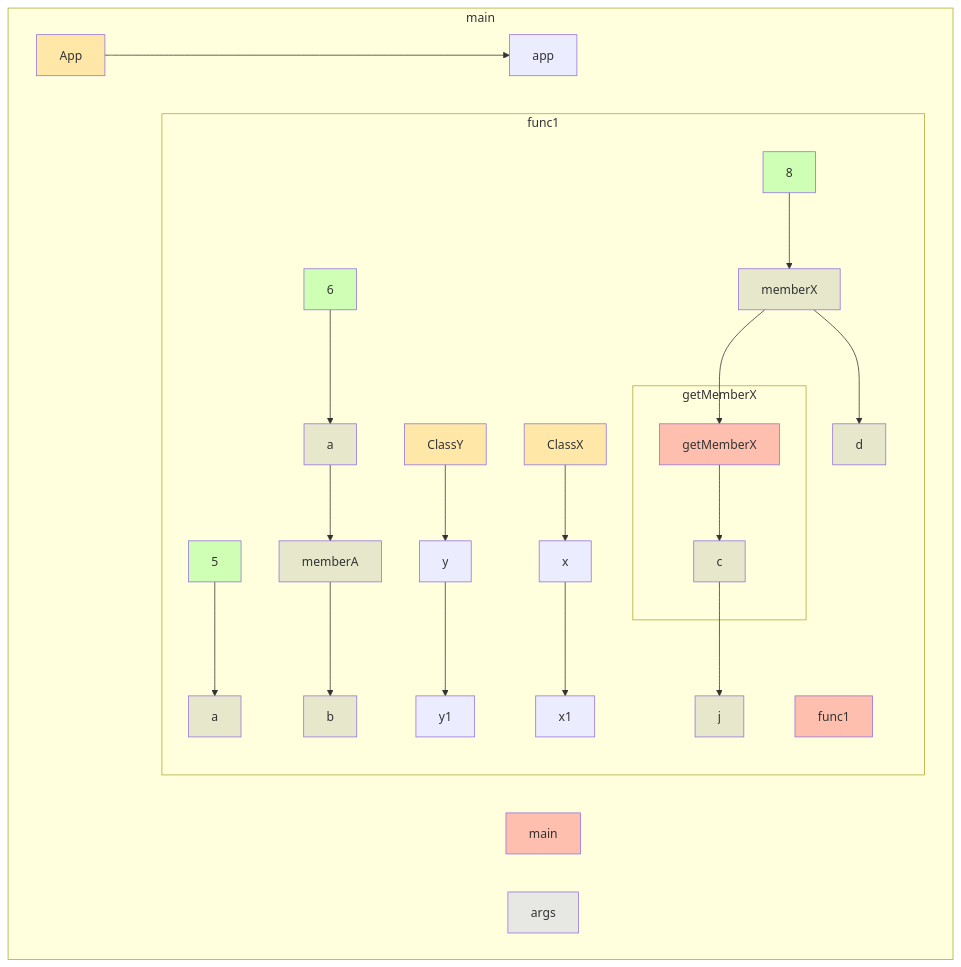
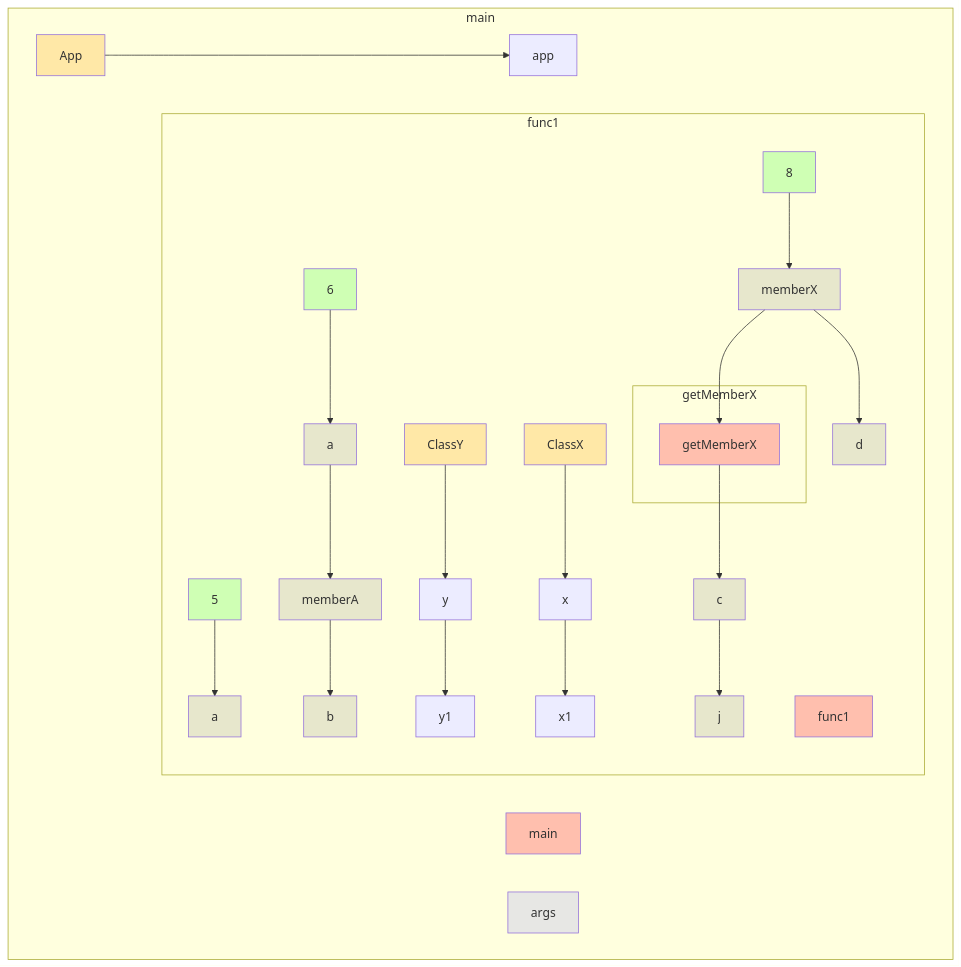
One commit to gstiebler/codeflow changed the diagram in app/src/test/resources/member/truth.md. Above: the diagram before and after it, drawn with Mermaid. The commit also changed 34 other files, not shown here.

````diff
--- a/app/src/test/resources/member/truth.md
+++ b/app/src/test/resources/member/truth.md
@@ -1,53 +1,53 @@
 ```mermaid
 flowchart TD
   subgraph b0["main"]
     n1[main]:::RETURN
     n2[args]:::FUNC_PARAM
     n3[App]:::EXTERNAL
     n4[app]:::OBJ_VARIABLE
     n3[App]:::EXTERNAL --> n4[app]:::OBJ_VARIABLE
     subgraph b5["func1"]
       n6[func1]:::RETURN
       n7[5]:::LITERAL
       n8[a]:::VARIABLE
       n9[6]:::LITERAL
       n10[a]:::VARIABLE
       n11[memberA]:::VARIABLE
       n12[b]:::VARIABLE
       n13[ClassY]:::EXTERNAL
       n14[y]:::OBJ_VARIABLE
       n15[ClassX]:::EXTERNAL
       n16[x]:::OBJ_VARIABLE
       n17[8]:::LITERAL
       n18[memberX]:::VARIABLE
       n19[y1]:::OBJ_VARIABLE
       n22[c]:::VARIABLE
       n23[x1]:::OBJ_VARIABLE
       n24[d]:::VARIABLE
       n25[j]:::VARIABLE
       n7[5]:::LITERAL --> n8[a]:::VARIABLE
       n9[6]:::LITERAL --> n10[a]:::VARIABLE
       n10[a]:::VARIABLE --> n11[memberA]:::VARIABLE
       n11[memberA]:::VARIABLE --> n12[b]:::VARIABLE
       n13[ClassY]:::EXTERNAL --> n14[y]:::OBJ_VARIABLE
       n14[y]:::OBJ_VARIABLE --> n19[y1]:::OBJ_VARIABLE
       n15[ClassX]:::EXTERNAL --> n16[x]:::OBJ_VARIABLE
       n16[x]:::OBJ_VARIABLE --> n23[x1]:::OBJ_VARIABLE
       n17[8]:::LITERAL --> n18[memberX]:::VARIABLE
       n18[memberX]:::VARIABLE --> n21[getMemberX]:::RETURN
       n18[memberX]:::VARIABLE --> n24[d]:::VARIABLE
       n22[c]:::VARIABLE --> n25[j]:::VARIABLE
+      n21[getMemberX]:::RETURN --> n22[c]:::VARIABLE
       subgraph b20["getMemberX"]
         n21[getMemberX]:::RETURN
-        n21[getMemberX]:::RETURN --> n22[c]:::VARIABLE
       end
     end
   end
   classDef LITERAL fill:#00FF0030
   classDef VARIABLE fill:#80808030
   classDef BIN_OP fill:#80808080
   classDef FUNC_PARAM fill:#8080FF30
   classDef RETURN fill:#FF808080
   classDef EXTERNAL fill:#FFA50040
   classDef UNMODELLED fill:#FF000030,stroke-dasharray: 4 2
 ```
````
